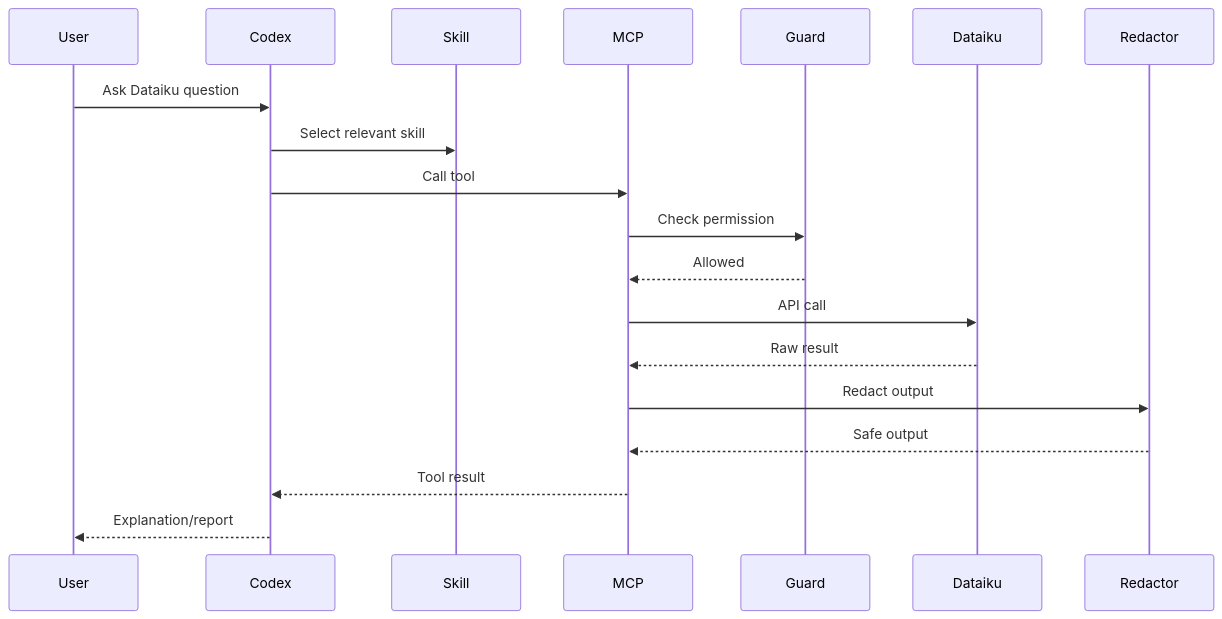
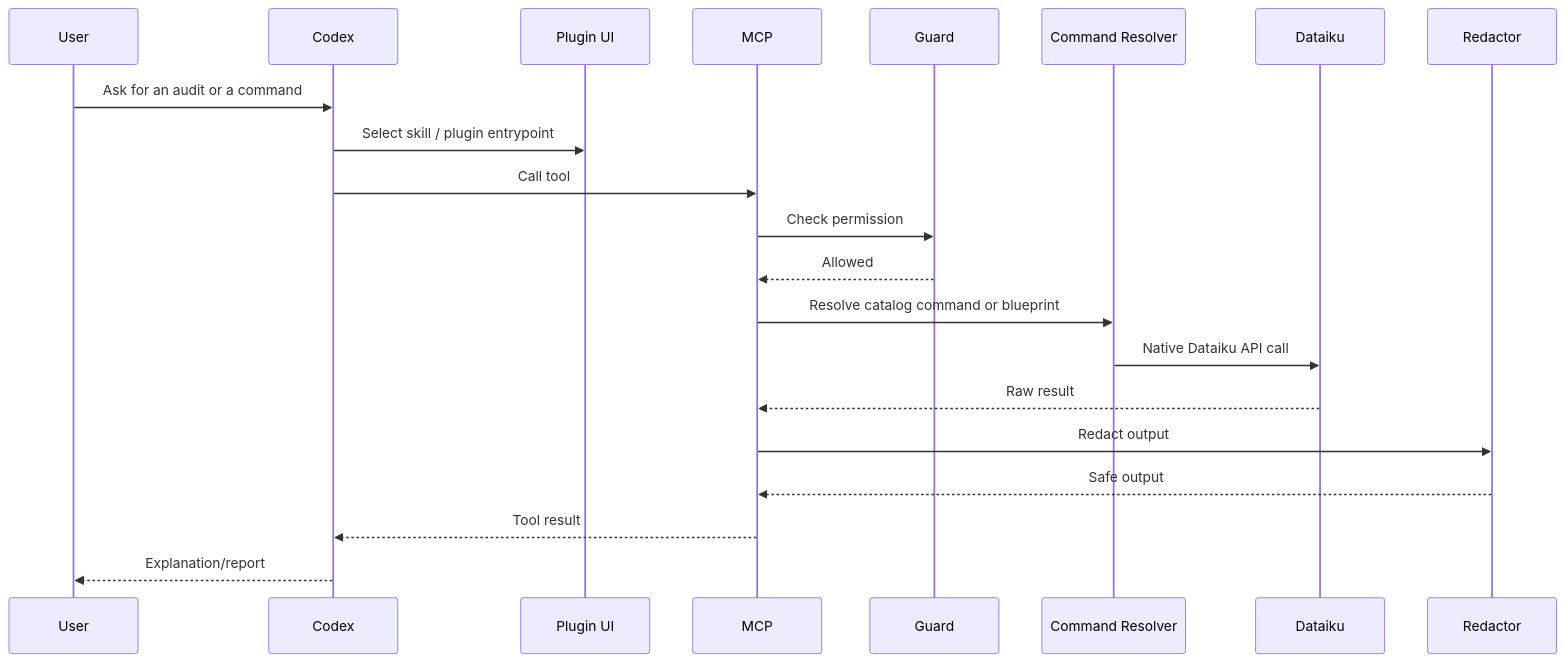
Before and after one commit to LIGHTER91/dataiku-codex-plugin: the second of 5 diagrams in docs/diagrams/ARCHITECTURE.md, drawn with Mermaid. The commit also changed other lines of this file and 19 other files, not shown here.

````diff
--- a/docs/diagrams/ARCHITECTURE.md
+++ b/docs/diagrams/ARCHITECTURE.md
@@ -20,22 +21,24 @@
 ```mermaid
 sequenceDiagram
     participant User
     participant Codex
-    participant Skill
+    participant UI as Plugin UI
     participant MCP
     participant Guard
+    participant Resolver as Command Resolver
     participant Dataiku
     participant Redactor
 
-    User->>Codex: Ask Dataiku question
-    Codex->>Skill: Select relevant skill
+    User->>Codex: Ask for an audit or a command
+    Codex->>UI: Select skill / plugin entrypoint
     Codex->>MCP: Call tool
     MCP->>Guard: Check permission
     Guard-->>MCP: Allowed
-    MCP->>Dataiku: API call
+    MCP->>Resolver: Resolve catalog command or blueprint
+    Resolver->>Dataiku: Native Dataiku API call
     Dataiku-->>MCP: Raw result
     MCP->>Redactor: Redact output
     Redactor-->>MCP: Safe output
     MCP-->>Codex: Tool result
     Codex-->>User: Explanation/report
 ```
````
